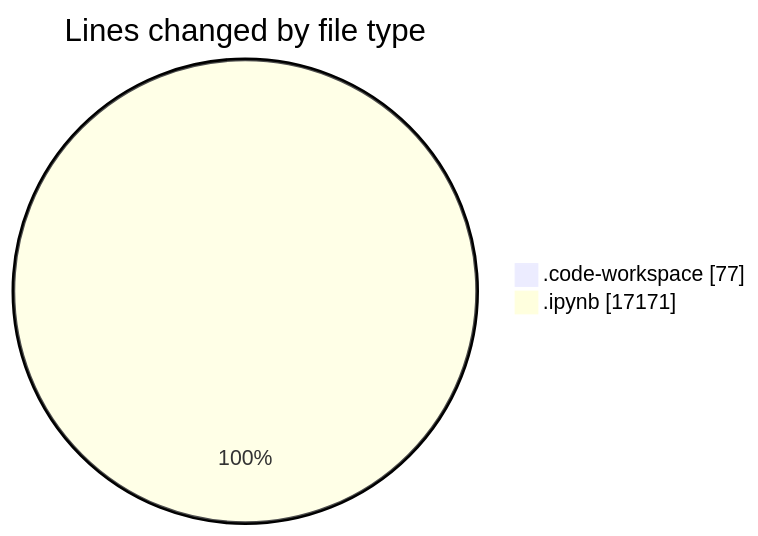
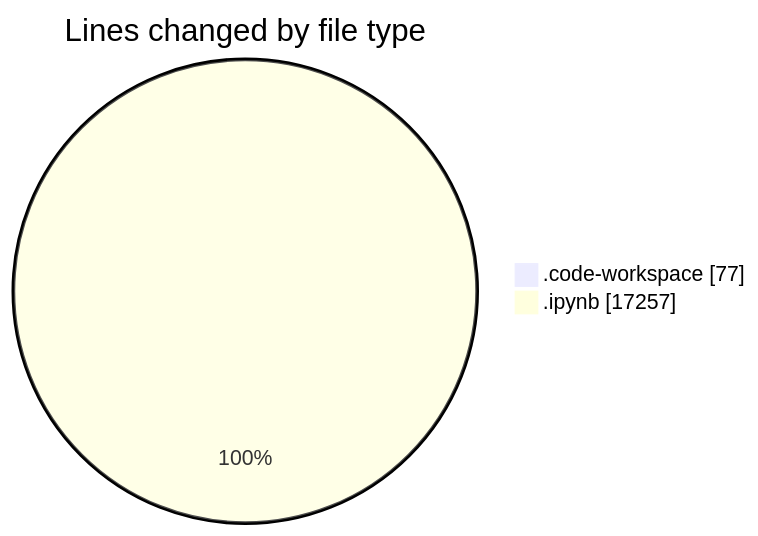
Before and after one commit to MatusMokan/code-tracking: the first of 2 diagrams in 2025-03-14/myws__workspace_/README.md, drawn with Mermaid. The commit also changed other lines of this file and 1 other file, not shown here.

````diff
--- a/2025-03-14/myws__workspace_/README.md
+++ b/2025-03-14/myws__workspace_/README.md
@@ -21,6 +21,6 @@
 ```mermaid
 pie showData
 title Lines changed by file type
 ".code-workspace" : 77
-".ipynb" : 17171
+".ipynb" : 17257
 ```
````
